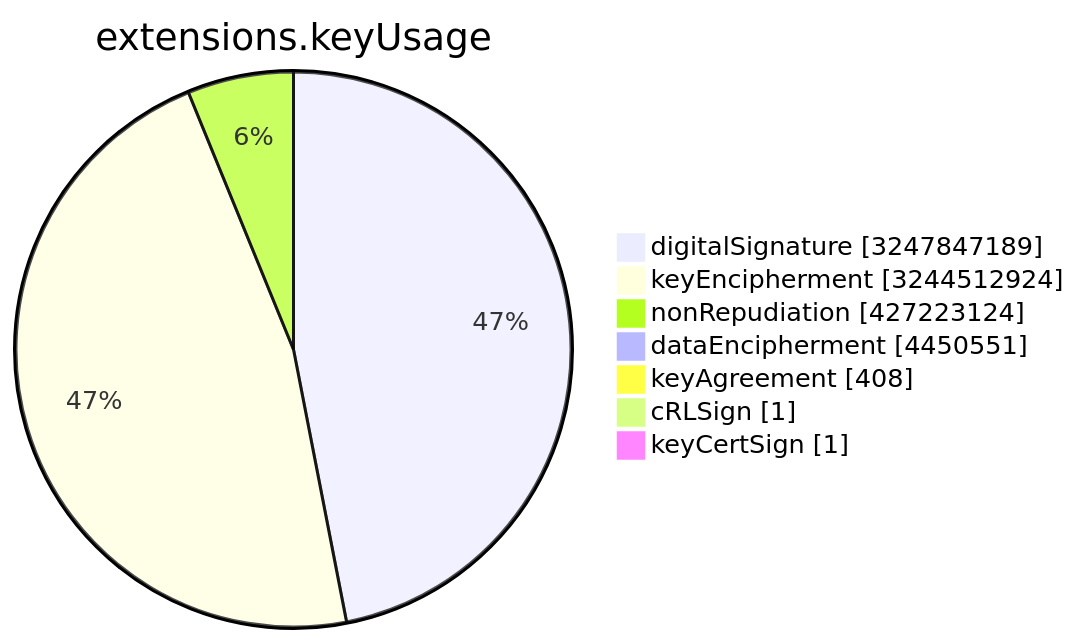
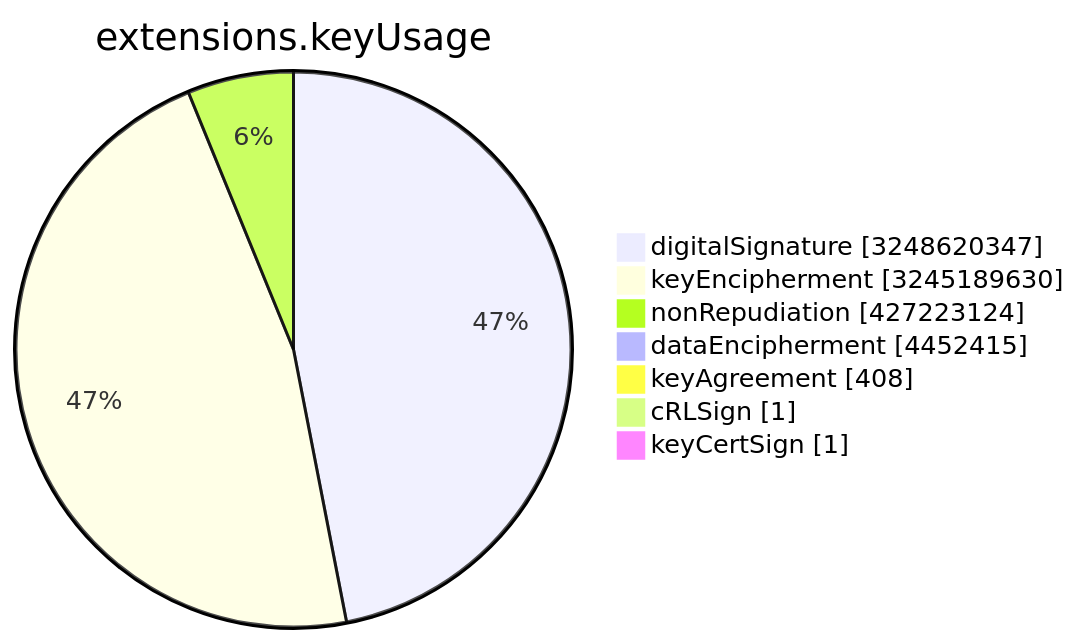
The sixth of 15 diagrams in TOTAL/README.md (christiankrug/ctmonitor_visualization), drawn with Mermaid before and after one commit. The commit also changed other lines of this file, not shown here.

````diff
--- a/TOTAL/README.md
+++ b/TOTAL/README.md
@@ -3078,11 +3078,11 @@
 ```mermaid
 pie showData
 title extensions.keyUsage
-"digitalSignature" :3247847189
-"keyEncipherment" :3244512924
+"digitalSignature" :3248620347
+"keyEncipherment" :3245189630
 "nonRepudiation" :427223124
-"dataEncipherment" :4450551
+"dataEncipherment" :4452415
 "keyAgreement" :408
 "cRLSign" :1
 "keyCertSign" :1
 ```
````
